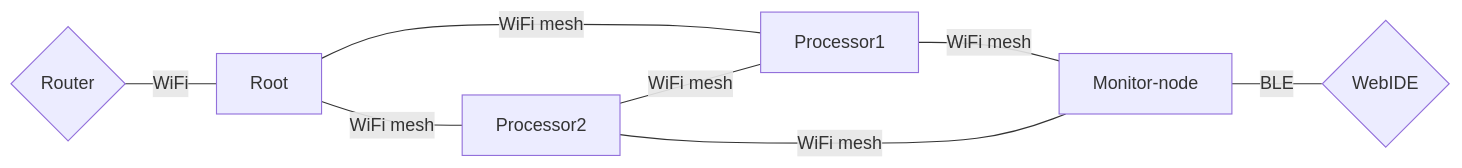
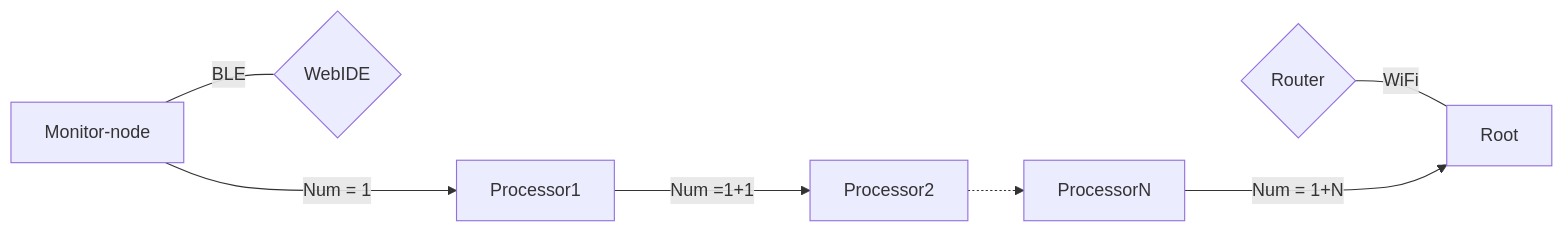
One commit to internet-of-production/Wasm-ESP-IDF-Mesh-Demo changed the diagram in README.md. Above: the diagram before and after it, drawn with Mermaid. The commit also changed other lines of this file, not shown here.

````diff
--- a/README.md
+++ b/README.md
@@ -7,10 +8,9 @@
 ```mermaid
   graph LR;
       id1{Router} -- WiFi --- Root;
-      Root --WiFi mesh--- Processor1;
-      Processor1 --WiFi mesh--- Monitor-node;
-      Root --WiFi mesh--- Processor2;
-      Processor2 --WiFi mesh--- Monitor-node;
-      Processor2 --WiFi mesh--- Processor1;
+      ProcessorN --Num = 1+N---> Root;
+      Monitor-node --Num = 1---> Processor1;
+      Processor1 --Num =1+1---> Processor2;
+      Processor2 -.-> ProcessorN;
       Monitor-node --BLE--- id2{WebIDE};
 ```
````
